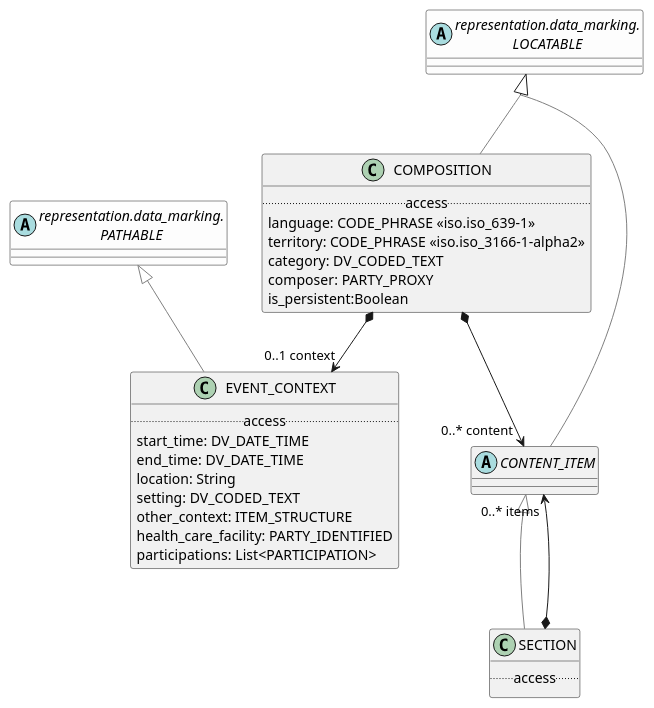
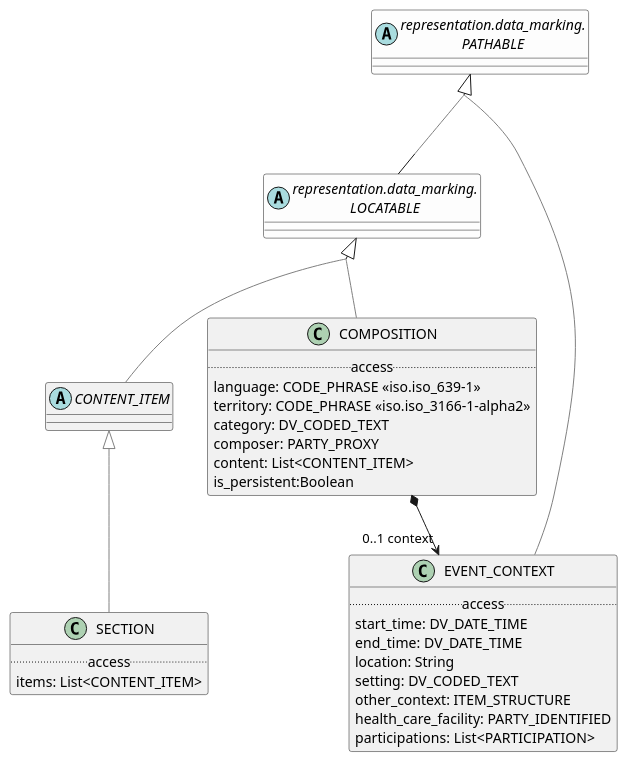
Before and after one commit to wolandscat/openehr-doc: the diagram in modules/ROOT/examples/bmm/foundation/subject_record/composition/composition-package-uml.adoc, drawn with PlantUML. The commit also changed 2355 other files, not shown here.

```diff
--- a/modules/ROOT/examples/bmm/foundation/subject_record/composition/composition-package-uml.adoc
+++ b/modules/ROOT/examples/bmm/foundation/subject_record/composition/composition-package-uml.adoc
@@ -3,56 +3,56 @@
-[plantuml,opts=interactive]
+[plantuml,opts=interactive,link=self]
 ....
 skinparam groupInheritance 2
 skinparam citedClassColor #FDFDFD
 
 
-class COMPOSITION [[/splashlang-doc/latest/foundation/foundation-subject_record.html#_class_composition]] {
+class COMPOSITION [[/openehr-doc/latest/foundation/subject_record-gen.html#_class_composition]] {
         .. access ..
         language: CODE_PHRASE «iso.iso_639-1»
         territory: CODE_PHRASE «iso.iso_3166-1-alpha2»
         category: DV_CODED_TEXT
         composer: PARTY_PROXY
+        content: List<CONTENT_ITEM>
         is_persistent:Boolean
 }
 
-LOCATABLE <|-[#gray]- COMPOSITION
+COMPOSITION -[#gray]up-|> LOCATABLE  
 
 
 COMPOSITION *--> "0..1 context" EVENT_CONTEXT
 
-COMPOSITION *--> "0..* content" CONTENT_ITEM
-
-class SECTION [[/splashlang-doc/latest/foundation/foundation-subject_record.html#_class_section]] {
+class SECTION [[/openehr-doc/latest/foundation/subject_record-gen.html#_class_section]] {
         .. access ..
+        items: List<CONTENT_ITEM>
 }
 
-CONTENT_ITEM <|-[#gray]- SECTION
+SECTION -[#gray]up-|> CONTENT_ITEM  
 
 
-SECTION *--> "0..* items" CONTENT_ITEM
-
-class EVENT_CONTEXT [[/splashlang-doc/latest/foundation/foundation-subject_record.html#_class_event_context]] {
+class EVENT_CONTEXT [[/openehr-doc/latest/foundation/subject_record-gen.html#_class_event_context]] {
         .. access ..
         start_time: DV_DATE_TIME
         end_time: DV_DATE_TIME
         location: String
         setting: DV_CODED_TEXT
         other_context: ITEM_STRUCTURE
         health_care_facility: PARTY_IDENTIFIED
         participations: List<PARTICIPATION>
 }
 
-PATHABLE <|-[#gray]- EVENT_CONTEXT
+EVENT_CONTEXT -[#gray]up-|> PATHABLE  
 
 
-abstract class CONTENT_ITEM [[/splashlang-doc/latest/foundation/foundation-subject_record.html#_class_content_item]] {
+abstract class CONTENT_ITEM [[/openehr-doc/latest/foundation/subject_record-gen.html#_class_content_item]] {
 }
 
-LOCATABLE <|-[#gray]- CONTENT_ITEM
+CONTENT_ITEM -[#gray]up-|> LOCATABLE  
 
-abstract class "representation.data_marking.\nLOCATABLE" as LOCATABLE  [[/splashlang-doc/latest/representation/representation-data_marking.html#_class_locatable]] #FDFDFD {
+abstract class "representation.data_marking.\nLOCATABLE" as LOCATABLE  [[/openehr-doc/latest/representation/data_marking-gen.html#_class_locatable]] #FDFDFD {
 }
-abstract class "representation.data_marking.\nPATHABLE" as PATHABLE  [[/splashlang-doc/latest/representation/representation-data_marking.html#_class_pathable]] #FDFDFD {
+abstract class "representation.data_marking.\nPATHABLE" as PATHABLE  [[/openehr-doc/latest/representation/data_marking-gen.html#_class_pathable]] #FDFDFD {
 }
 
+LOCATABLE -[#gray]up-|> PATHABLE  
+
 ....
```
